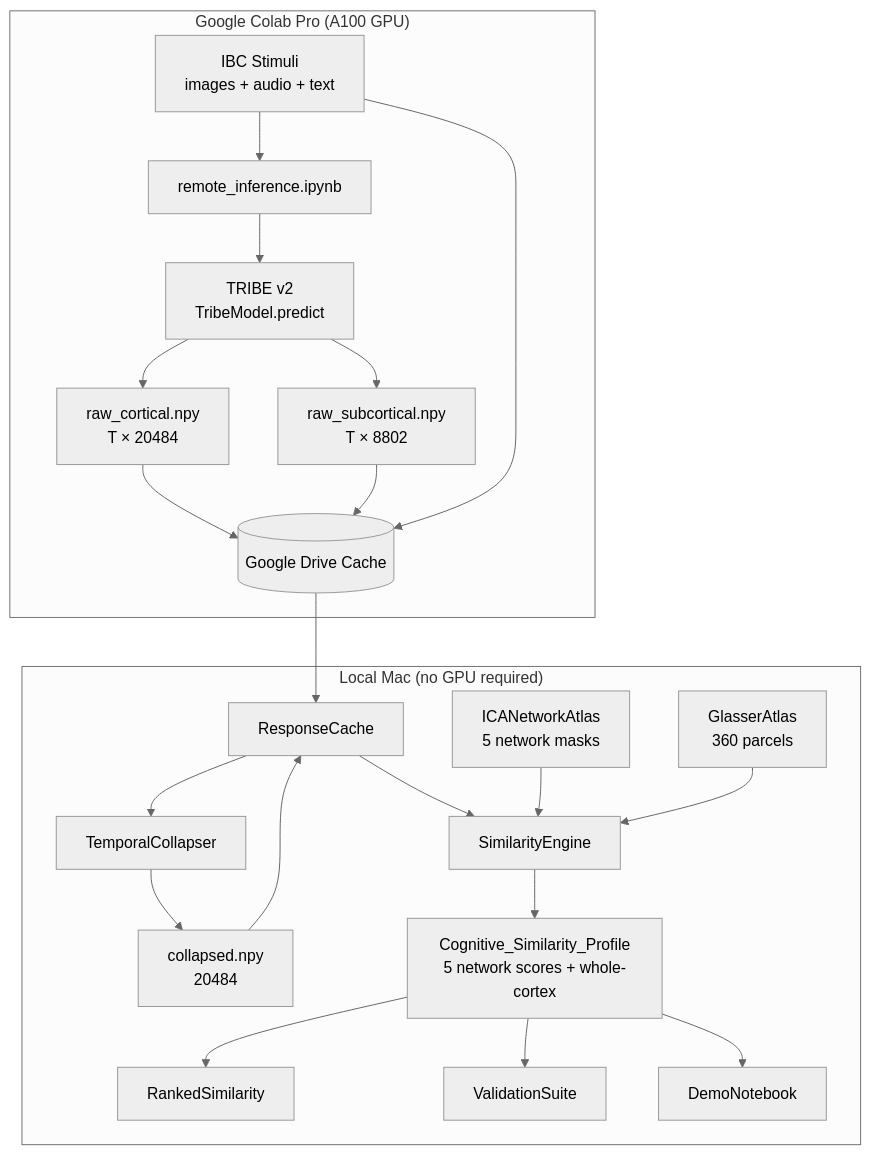
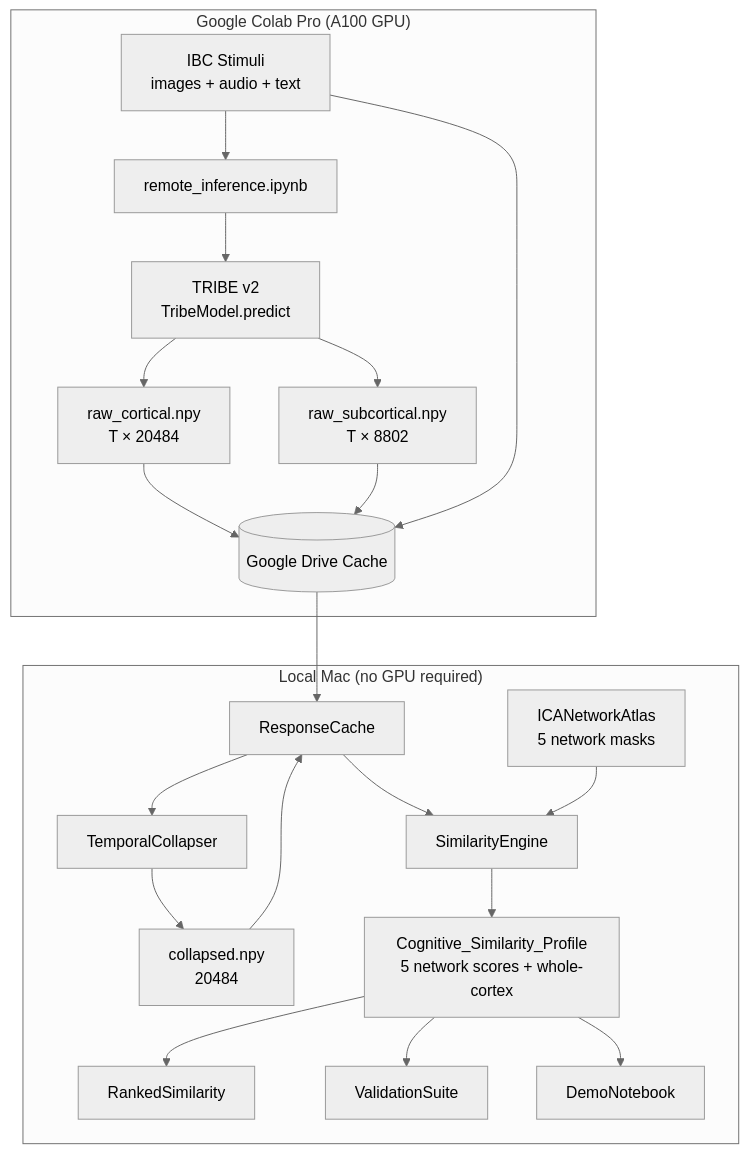
One commit to gdavid7/cogsimexperiment changed the diagram in .kiro/specs/cognitive-similarity/design.md. Above: the diagram before and after it, drawn with Mermaid (neutral theme). The commit also changed other lines of this file and 2 other files, not shown here.

Commit message:
Remove Glasser parcel requirement, update RSA framing, cross-document cleanup

````diff
--- a/.kiro/specs/cognitive-similarity/design.md
+++ b/.kiro/specs/cognitive-similarity/design.md
@@ -28,26 +28,25 @@
 ```mermaid
 graph TD
     subgraph COLAB["Google Colab Pro (A100 GPU)"]
         A[IBC Stimuli<br/>images + audio + text] --> B[remote_inference.ipynb]
         B --> C[TRIBE v2<br/>TribeModel.predict]
         C --> D1[raw_cortical.npy<br/>T × 20484]
         C --> D2[raw_subcortical.npy<br/>T × 8802]
         D1 --> GD[(Google Drive Cache)]
         D2 --> GD
         A --> GD
     end
 
     subgraph LOCAL["Local Mac (no GPU required)"]
         GD --> RC[ResponseCache]
         RC --> TC[TemporalCollapser]
         TC --> CR[collapsed.npy<br/>20484]
         CR --> RC
         RC --> SE[SimilarityEngine]
         ICA[ICANetworkAtlas<br/>5 network masks] --> SE
-        GL[GlasserAtlas<br/>360 parcels] --> SE
         SE --> P[Cognitive_Similarity_Profile<br/>5 network scores + whole-cortex]
         P --> R[RankedSimilarity]
         P --> V[ValidationSuite]
         P --> DN[DemoNotebook]
     end
 ```
````
